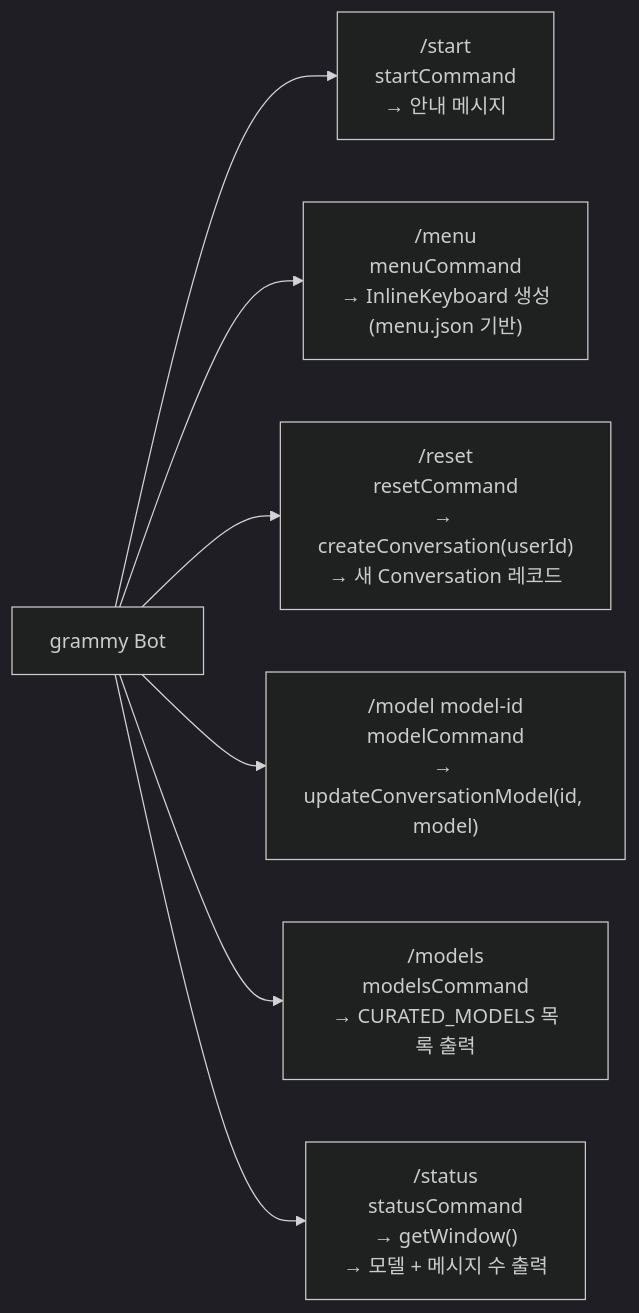
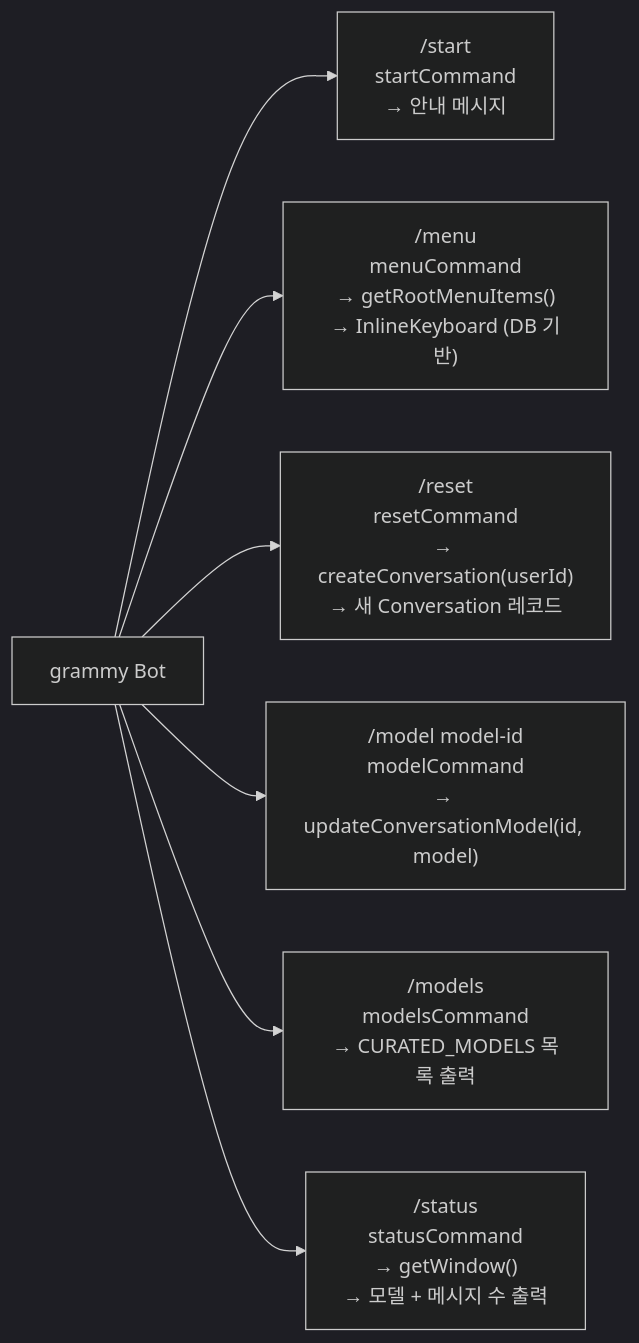
The sixth of 11 diagrams in docs/architecture.md (cutefly/chatbot-project), drawn with Mermaid (dark theme) before and after one commit. The commit also changed other lines of this file and 1 other file, not shown here.

First line of the commit message:
docs: update AGENTS.md and architecture.md for menu system

````diff
--- a/docs/architecture.md
+++ b/docs/architecture.md
@@ -211,11 +216,11 @@
 ```mermaid
 flowchart LR
     BOT["grammy Bot"]
 
     BOT --> S["/start\nstartCommand\n→ 안내 메시지"]
-    BOT --> ME["/menu\nmenuCommand\n→ InlineKeyboard 생성\n(menu.json 기반)"]
+    BOT --> ME["/menu\nmenuCommand\n→ getRootMenuItems()\n→ InlineKeyboard (DB 기반)"]
     BOT --> RE["/reset\nresetCommand\n→ createConversation(userId)\n→ 새 Conversation 레코드"]
     BOT --> MO["/model model-id\nmodelCommand\n→ updateConversationModel(id, model)"]
     BOT --> MS["/models\nmodelsCommand\n→ CURATED_MODELS 목록 출력"]
     BOT --> ST["/status\nstatusCommand\n→ getWindow()\n→ 모델 + 메시지 수 출력"]
 ```
````
